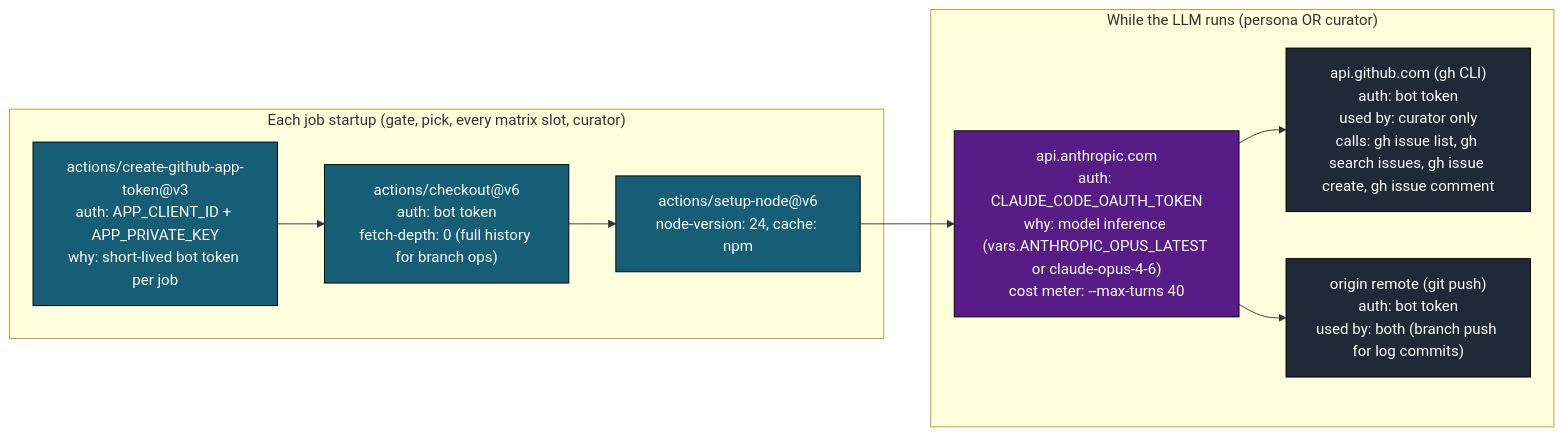
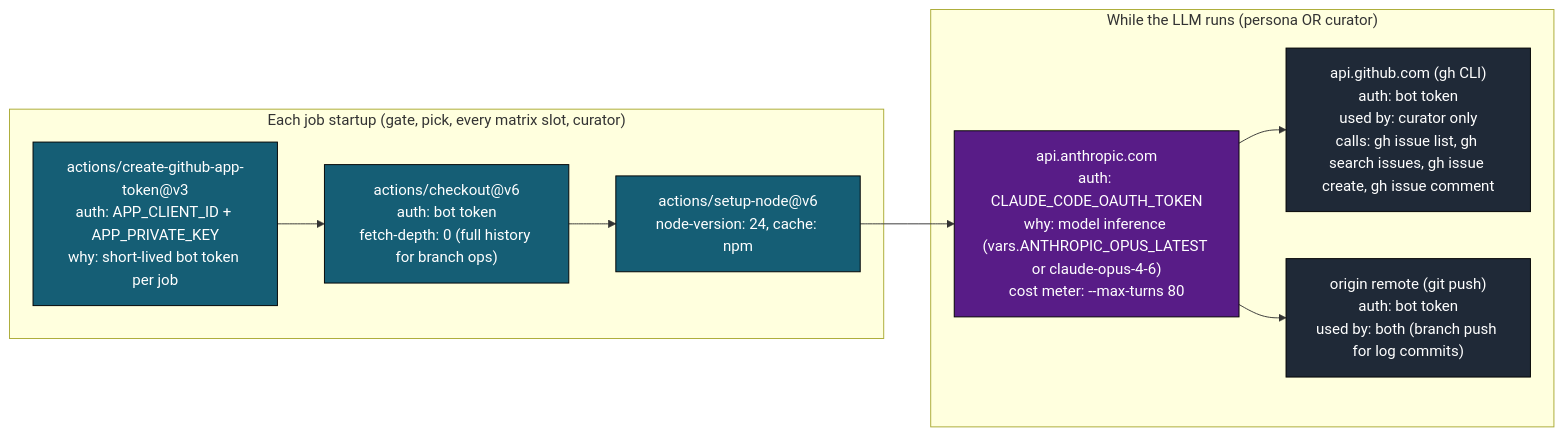
The eighth of 12 diagrams in .github/docs/PERSONAS_RUN_DEEP_DIVE.md (llm-exe/llm-exe), drawn with Mermaid before and after one commit. The commit also changed other lines of this file and 3 other files, not shown here.

````diff
--- a/.github/docs/PERSONAS_RUN_DEEP_DIVE.md
+++ b/.github/docs/PERSONAS_RUN_DEEP_DIVE.md
@@ -482,24 +485,24 @@
 ```mermaid
 flowchart LR
     classDef pre fill:#155e75,color:#fff,stroke:#000
     classDef llm fill:#581c87,color:#fff,stroke:#000
     classDef gh fill:#1f2937,color:#fff,stroke:#000
 
     subgraph Pre["Each job startup (gate, pick, every matrix slot, curator)"]
         c1["actions/create-github-app-token@v3\nauth: APP_CLIENT_ID + APP_PRIVATE_KEY\nwhy: short-lived bot token per job"]:::pre
         c2["actions/checkout@v6\nauth: bot token\nfetch-depth: 0 (full history for branch ops)"]:::pre
         c3["actions/setup-node@v6\nnode-version: 24, cache: npm"]:::pre
     end
 
     subgraph During["While the LLM runs (persona OR curator)"]
-        d1["api.anthropic.com\nauth: CLAUDE_CODE_OAUTH_TOKEN\nwhy: model inference (vars.ANTHROPIC_OPUS_LATEST or claude-opus-4-6)\ncost meter: --max-turns 40"]:::llm
+        d1["api.anthropic.com\nauth: CLAUDE_CODE_OAUTH_TOKEN\nwhy: model inference (vars.ANTHROPIC_OPUS_LATEST or claude-opus-4-6)\ncost meter: --max-turns 80"]:::llm
         d2["api.github.com (gh CLI)\nauth: bot token\nused by: curator only\ncalls: gh issue list, gh search issues, gh issue create, gh issue comment"]:::gh
         d3["origin remote (git push)\nauth: bot token\nused by: both (branch push for log commits)"]:::gh
     end
 
     c1 --> c2
     c2 --> c3
     c3 --> d1
     d1 --> d2
     d1 --> d3
 ```
````
